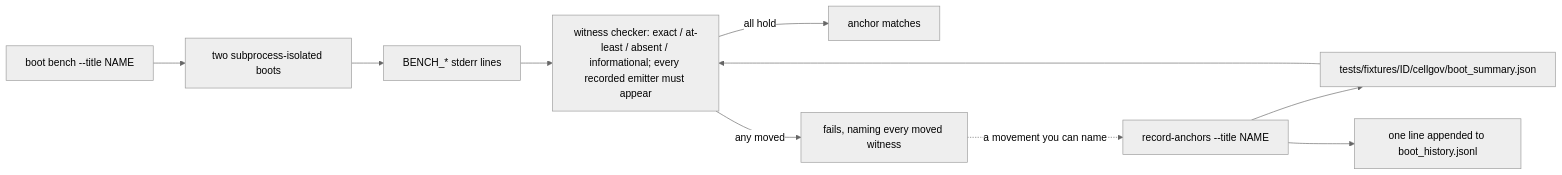
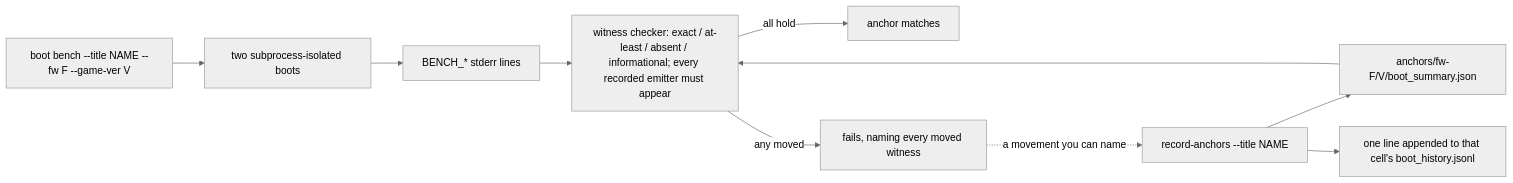
Before and after one commit to RoyalAce22/CellGov: the first of 2 diagrams in docs/architecture/title_harness.md, drawn with Mermaid (neutral theme). The commit also changed other lines of this file and 57 other files, not shown here.

Commit message:
feat(cli): key boot anchors by the (title, firmware, game version) cell

````diff
--- a/docs/architecture/title_harness.md
+++ b/docs/architecture/title_harness.md
@@ -90,12 +117,12 @@
 ```mermaid
 flowchart LR
-  bb["boot bench --title NAME"] --> boot["two subprocess-isolated boots"]
+  bb["boot bench --title NAME --fw F --game-ver V"] --> boot["two subprocess-isolated boots"]
   boot --> lines["BENCH_* stderr lines"]
   lines --> chk["witness checker: exact / at-least / absent / informational; every recorded emitter must appear"]
-  base["tests/fixtures/ID/cellgov/boot_summary.json"] --> chk
+  base["anchors/fw-F/V/boot_summary.json"] --> chk
   chk -->|all hold| ok["anchor matches"]
   chk -->|any moved| fail["fails, naming every moved witness"]
   fail -.->|a movement you can name| ra["record-anchors --title NAME"]
   ra --> base
-  ra --> hist["one line appended to boot_history.jsonl"]
+  ra --> hist["one line appended to that cell's boot_history.jsonl"]
 ```
````
